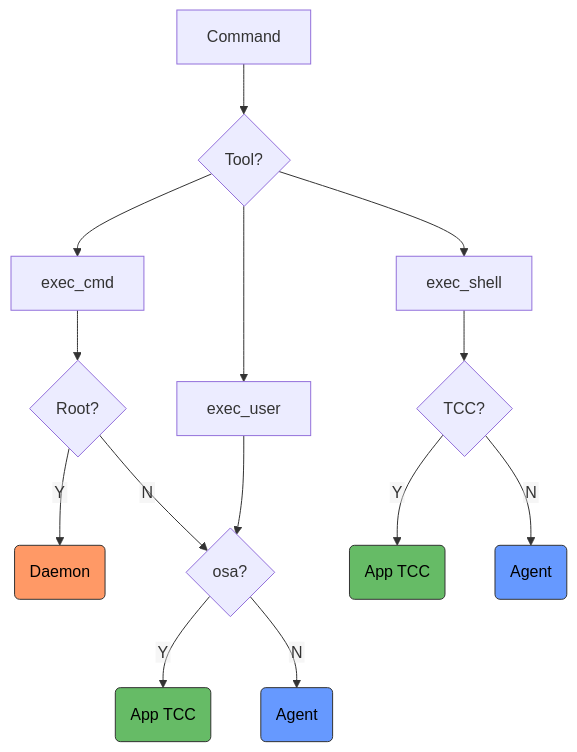
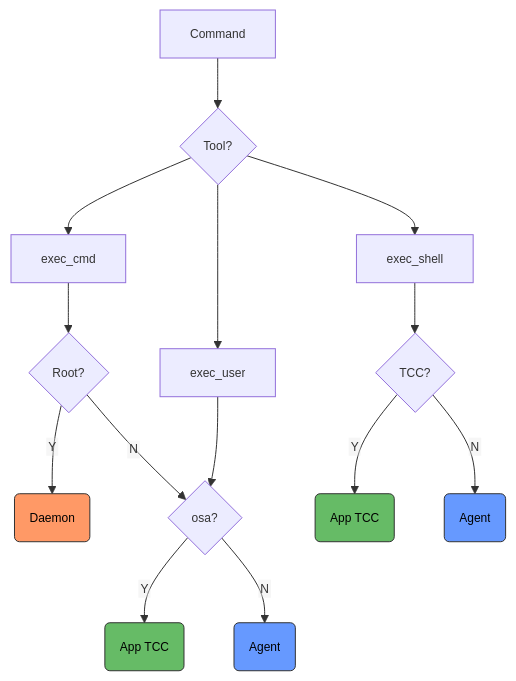
One commit to macOS26/Agent changed the diagram in README.md. Above: the diagram before and after it, drawn with Mermaid.

Commit message:
Reduce Mermaid flowchart font size to 12px

````diff
--- a/README.md
+++ b/README.md
@@ -497,27 +497,27 @@
 ```mermaid
-%%{init: {"flowchart": {"htmlLabels": false}} }%%
+%%{init: {"flowchart": {"htmlLabels": false}, "themeVariables": {"fontSize": "12px"}} }%%
 flowchart TD
     A[Command] --> B{Tool?}
     B --> C[exec_cmd]
     B --> D[exec_user]
     B --> E[exec_shell]
 
     C --> F{Root?}
     F -- Y --> G(Daemon)
     F -- N --> H{osa?}
 
     D --> H
 
     H -- Y --> I(App TCC)
     H -- N --> J(Agent)
 
     E --> K{TCC?}
     K -- Y --> L(App TCC)
     K -- N --> M(Agent)
 
     style G fill:#f96,stroke:#333,color:#000
     style I fill:#6b6,stroke:#333,color:#000
     style L fill:#6b6,stroke:#333,color:#000
     style J fill:#69f,stroke:#333,color:#000
     style M fill:#69f,stroke:#333,color:#000
 ```
````
